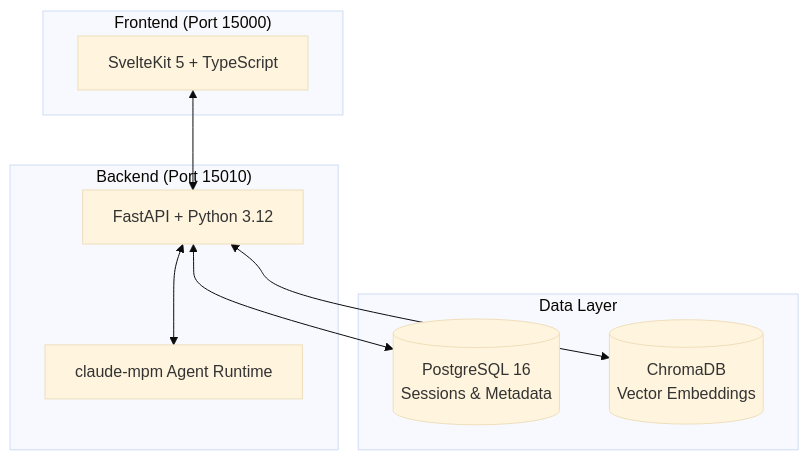
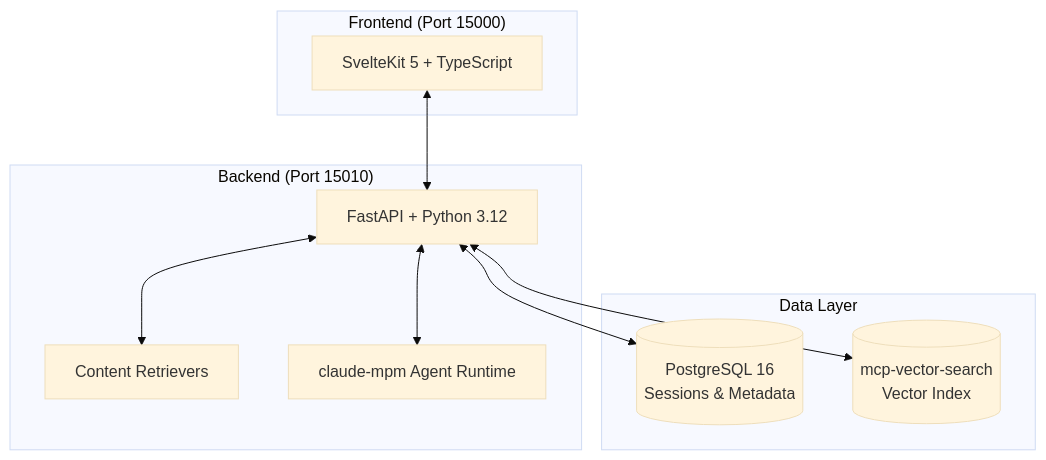
The third of 3 diagrams in docs/summary/executive-summary.md (MacPhobos/research-mind), drawn with Mermaid (base theme) before and after one commit. The commit also changed other lines of this file and 2 other files, not shown here.

````diff
--- a/docs/summary/executive-summary.md
+++ b/docs/summary/executive-summary.md
@@ -113,21 +159,23 @@
 ```mermaid
 flowchart TB
     subgraph Frontend["Frontend (Port 15000)"]
         UI[SvelteKit 5 + TypeScript]
     end
 
     subgraph Backend["Backend (Port 15010)"]
         API[FastAPI + Python 3.12]
+        Retrievers[Content Retrievers]
         Agent[claude-mpm Agent Runtime]
     end
 
     subgraph Storage["Data Layer"]
         PG[(PostgreSQL 16<br>Sessions & Metadata)]
-        Chroma[(ChromaDB<br>Vector Embeddings)]
+        VS[(mcp-vector-search<br>Vector Index)]
     end
 
     UI <--> API
+    API <--> Retrievers
     API <--> Agent
     API <--> PG
-    API <--> Chroma
+    API <--> VS
 ```
````
